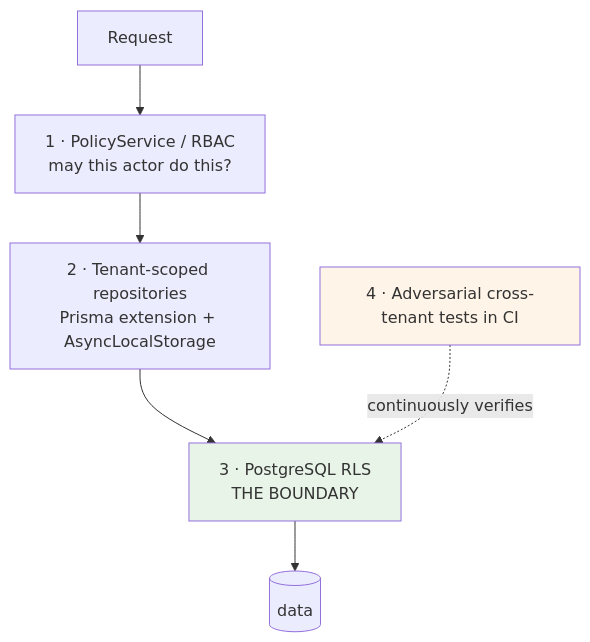
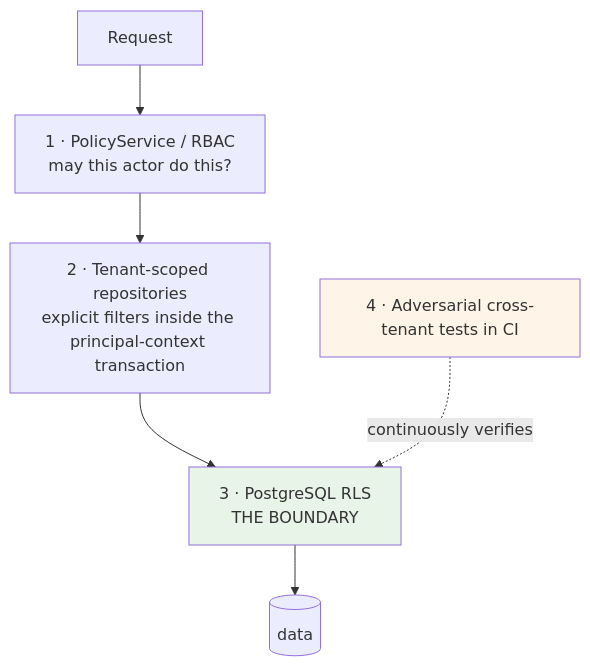
Before and after one commit to MoayadAlobaidi/Karar-Flutter-version: the diagram in docs/architecture/tenancy.md, drawn with Mermaid. The commit also changed other lines of this file and 22 other files, not shown here.

````diff
--- a/docs/architecture/tenancy.md
+++ b/docs/architecture/tenancy.md
@@ -17,10 +17,10 @@
 ```mermaid
 graph TB
     R[Request] --> L1[1 · PolicyService / RBAC<br/>may this actor do this?]
-    L1 --> L2[2 · Tenant-scoped repositories<br/>Prisma extension + AsyncLocalStorage]
+    L1 --> L2[2 · Tenant-scoped repositories<br/>explicit filters inside the principal-context transaction]
     L2 --> L3[3 · PostgreSQL RLS<br/>THE BOUNDARY]
     L3 --> DB[(data)]
     L4[4 · Adversarial cross-tenant tests in CI] -.continuously verifies.-> L3
     style L3 fill:#e8f4e8
     style L4 fill:#fff4e8
 ```
````
